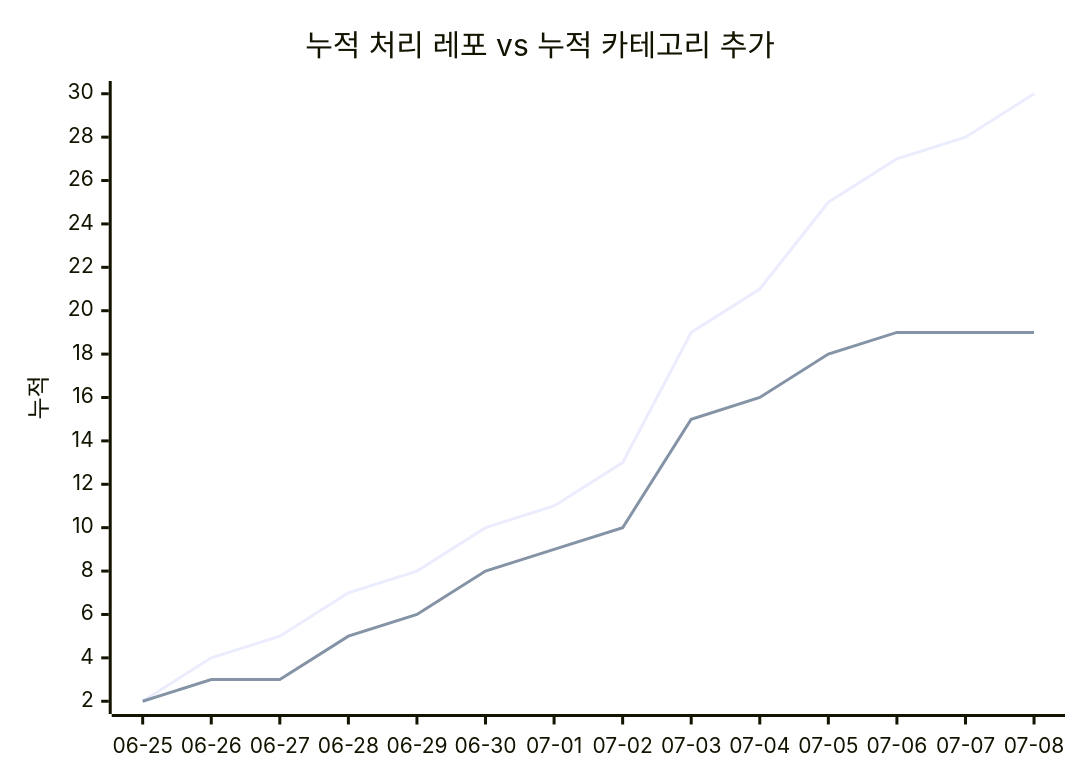
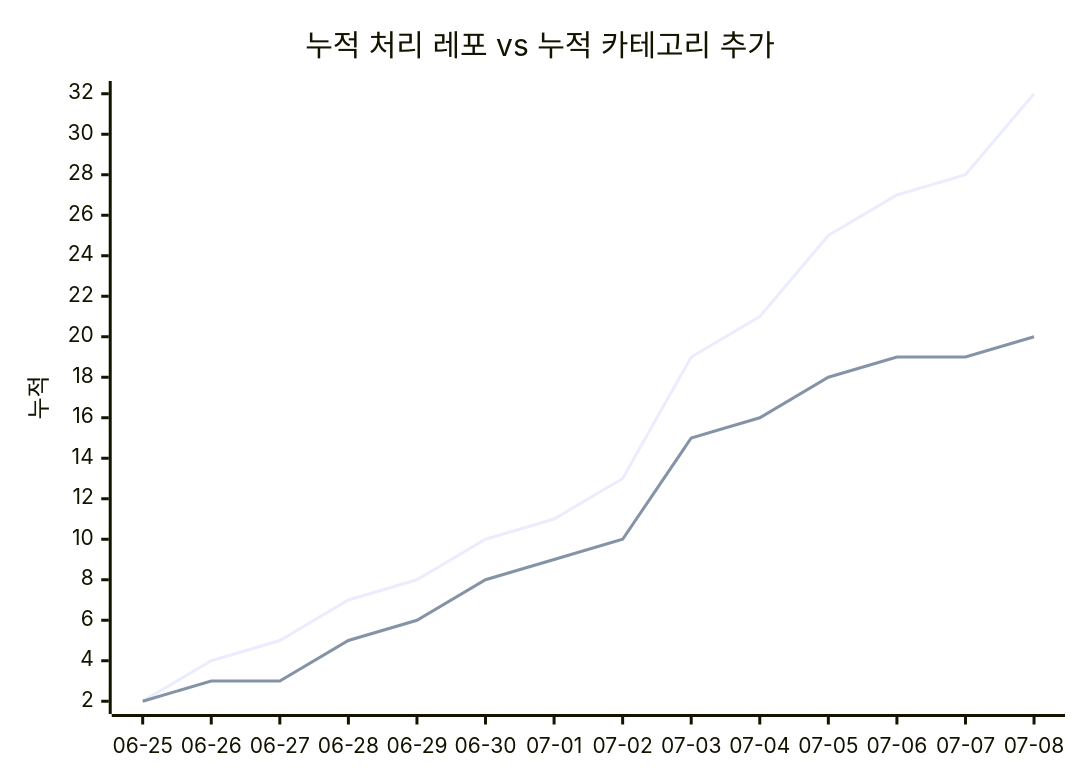
One commit to J-nowcow/awesome-korean-agent-skills changed the second of 2 diagrams in docs/trends.md. Above: the diagram before and after it, drawn with Mermaid. The commit also changed other lines of this file and 4 other files, not shown here.

````diff
--- a/docs/trends.md
+++ b/docs/trends.md
@@ -68,8 +68,8 @@
 ```mermaid
 xychart-beta
     title "누적 처리 레포 vs 누적 카테고리 추가"
     x-axis ["06-25","06-26","06-27","06-28","06-29","06-30","07-01","07-02","07-03","07-04","07-05","07-06","07-07","07-08"]
     y-axis "누적"
-    line [2,4,5,7,8,10,11,13,19,21,25,27,28,30]
-    line [2,3,3,5,6,8,9,10,15,16,18,19,19,19]
+    line [2,4,5,7,8,10,11,13,19,21,25,27,28,32]
+    line [2,3,3,5,6,8,9,10,15,16,18,19,19,20]
 ```
````
